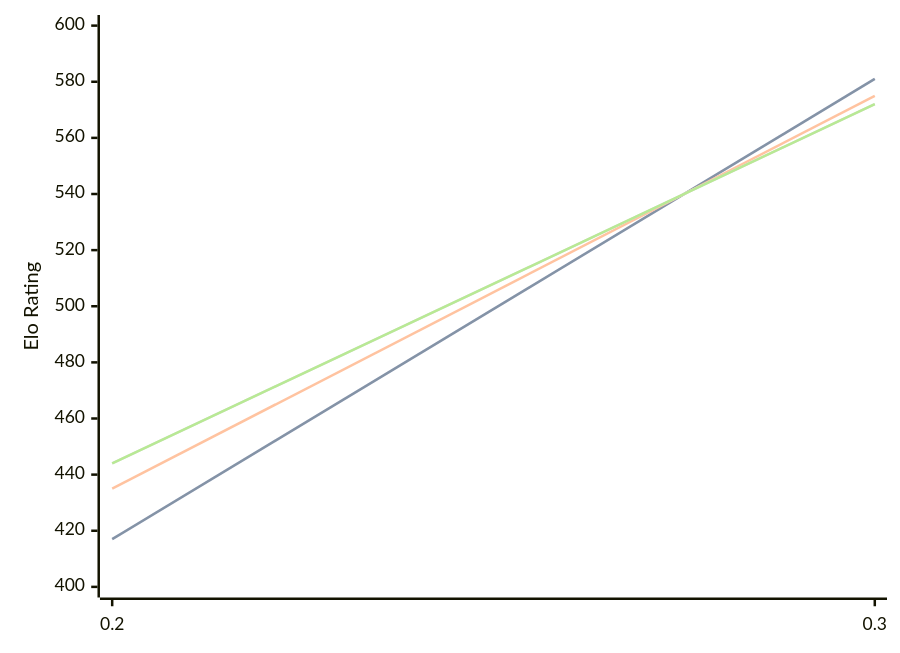
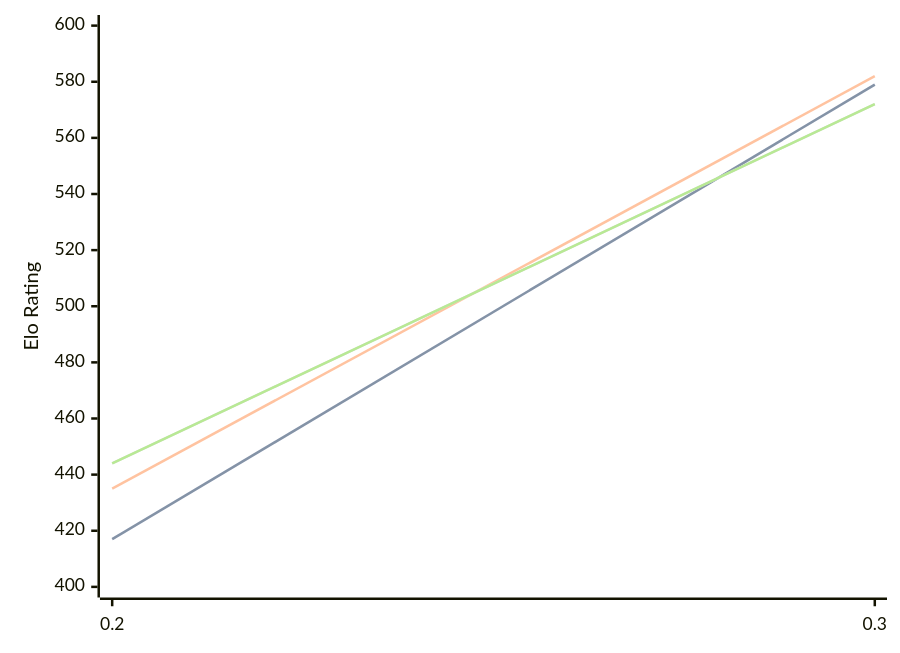
Before and after one commit to computer-chess-index/cci: the diagram in engines/Magpie.md, drawn with Mermaid. The commit also changed other lines of this file, not shown here.

````diff
--- a/engines/Magpie.md
+++ b/engines/Magpie.md
@@ -32,11 +32,11 @@
 ```mermaid
 %%{init: {"theme":"base","themeVariables":{"seriesColors:['#a3a3a3','#222221','#faa371']}}}%%
 xychart-beta
   x-axis ["0.2", "0.3"]
   y-axis "Elo Rating" 400 --> 600
-  line "" [417, 581]
-  line "STC (8.0+0.08s)" [417, 581]
-  line "LTC (60.0+0.60s)" [435, 575]
+  line "" [417, 579]
+  line "STC (8.0+0.08s)" [417, 579]
+  line "LTC (60.0+0.60s)" [435, 582]
   line "" [444, 572]
   line "VLTC (2m24s+1.12s)" [444, 572]
 ```
````
